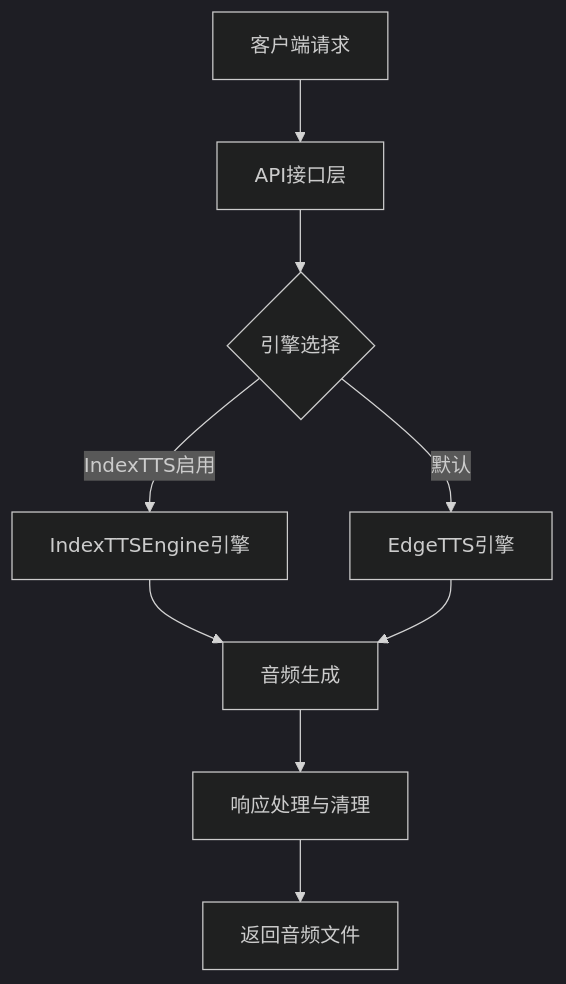
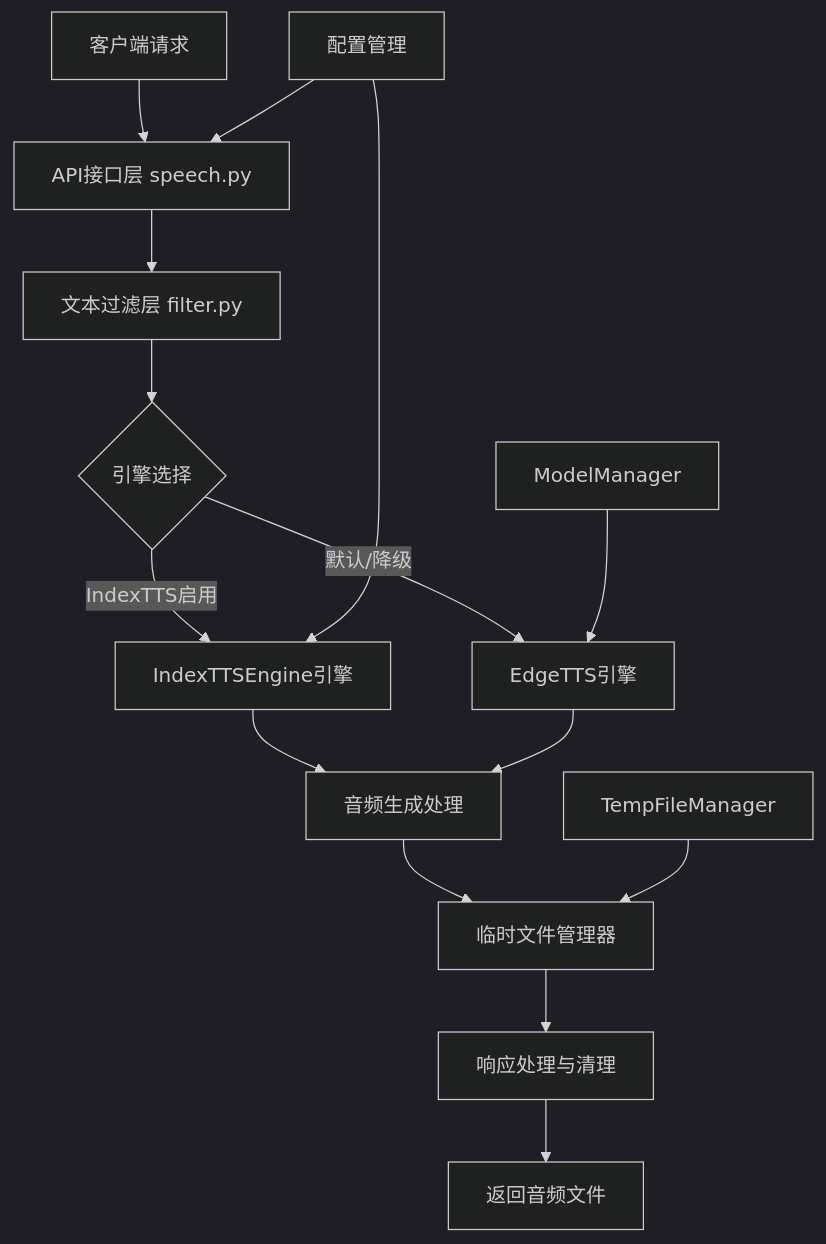
The first of 4 diagrams in docs/zh/TTS实现与集成说明文档.md (eogee/any4any), drawn with Mermaid (dark theme) before and after one commit. The commit also changed other lines of this file and 10 other files, not shown here.

````diff
--- a/docs/zh/TTS实现与集成说明文档.md
+++ b/docs/zh/TTS实现与集成说明文档.md
@@ -19,11 +22,18 @@
 ```mermaid
 flowchart TD
-    A[客户端请求] --> B[API接口层]
-    B --> C{引擎选择}
-    C -->|IndexTTS启用| D[IndexTTSEngine引擎]
-    C -->|默认| E[EdgeTTS引擎]
-    D --> F[音频生成]
-    E --> F
-    F --> G[响应处理与清理]
-    G --> H[返回音频文件]
+    A[客户端请求] --> B[API接口层 speech.py]
+    B --> C[文本过滤层 filter.py]
+    C --> D{引擎选择}
+    D -->|IndexTTS启用| E[IndexTTSEngine引擎]
+    D -->|默认/降级| F[EdgeTTS引擎]
+    E --> G[音频生成处理]
+    F --> G
+    G --> H[临时文件管理器]
+    H --> I[响应处理与清理]
+    I --> J[返回音频文件]
+
+    K[ModelManager] --> F
+    L[TempFileManager] --> H
+    M[配置管理] --> B
+    M --> E
 ```
````
